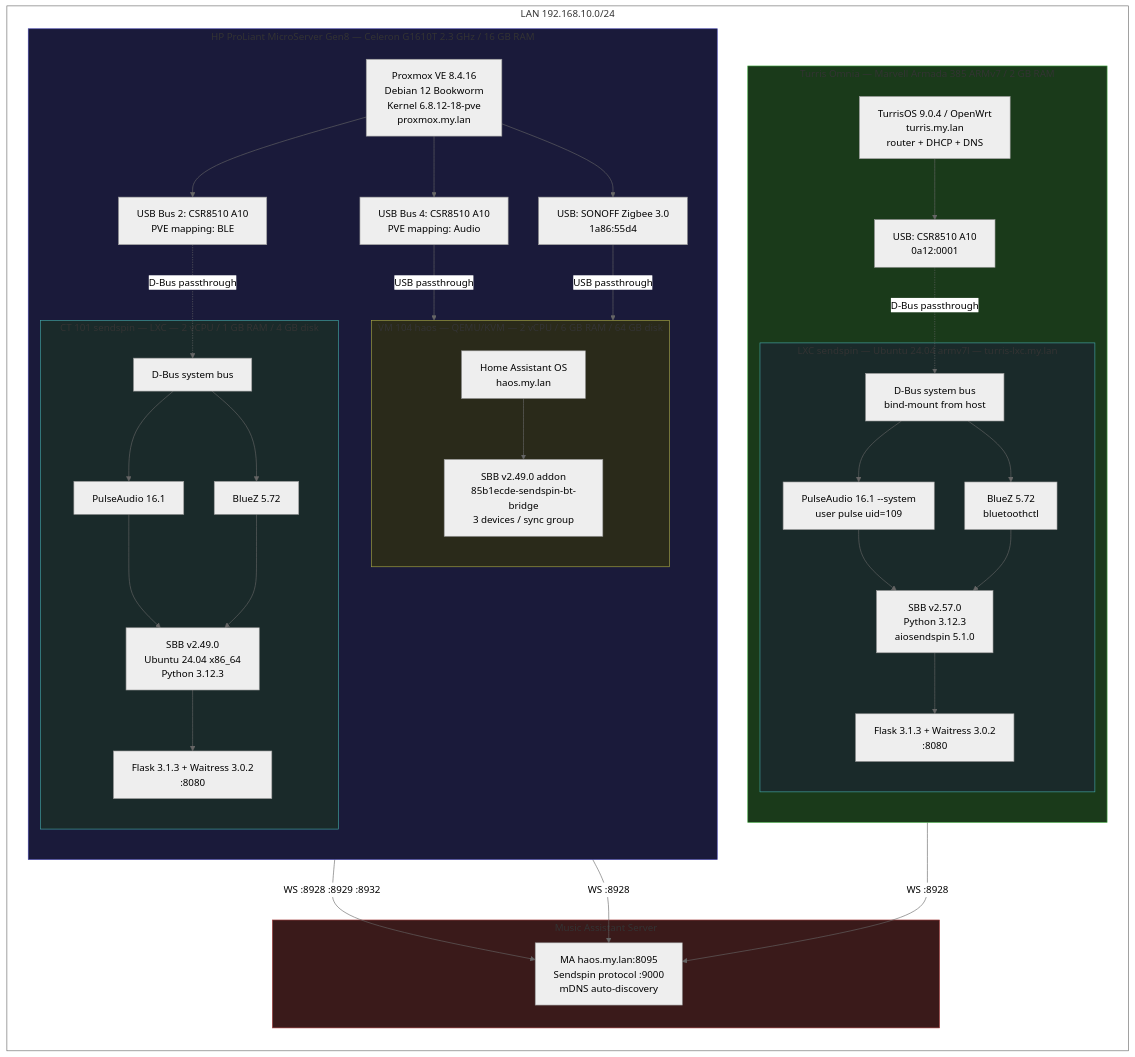
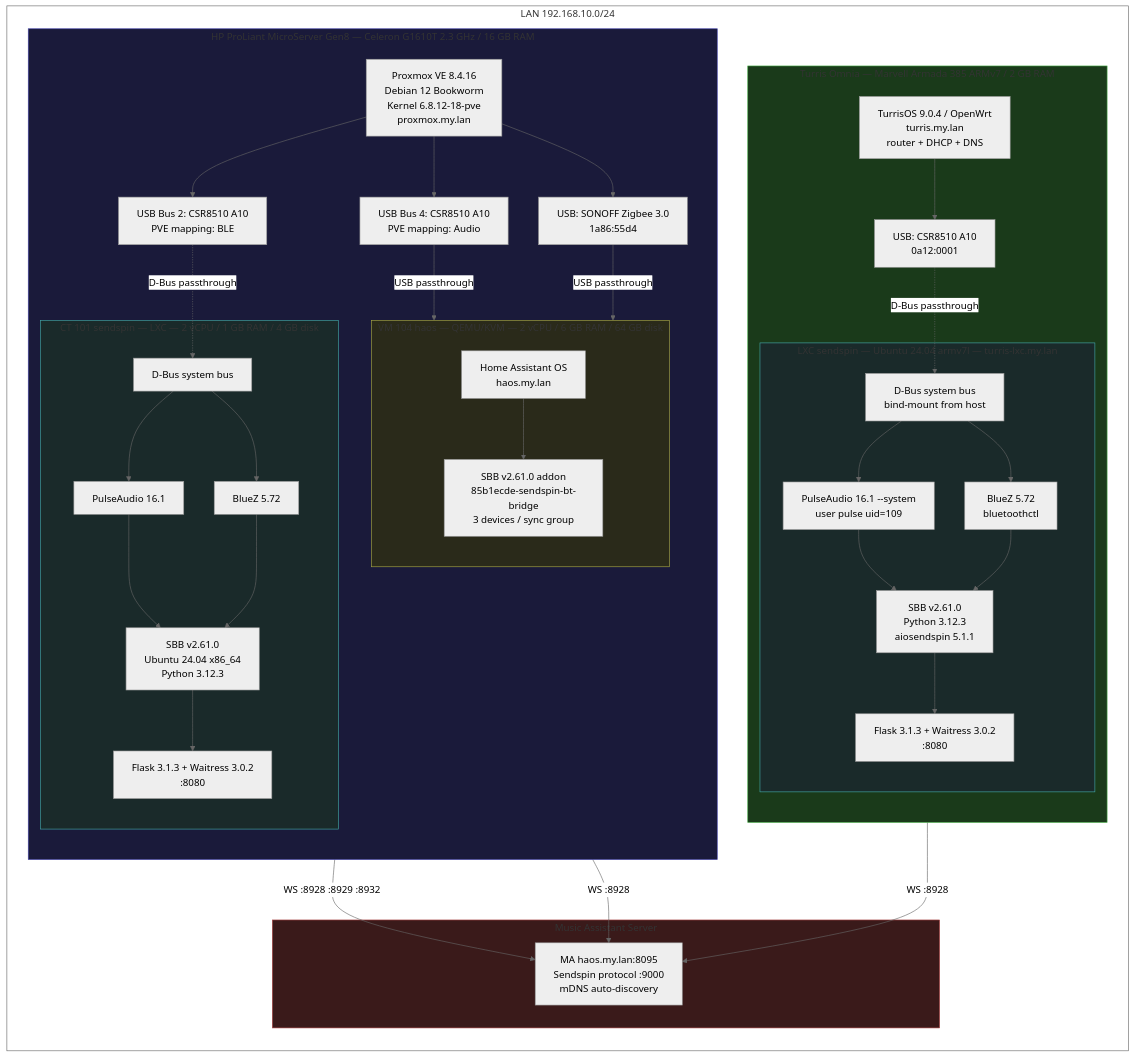
Before and after one commit to trudenboy/sendspin-bt-bridge: the first of 3 diagrams in docs-site/src/content/docs/test-stand.md, drawn with Mermaid (neutral theme). The commit also changed other lines of this file and 8 other files, not shown here.

````diff
--- a/docs-site/src/content/docs/test-stand.md
+++ b/docs-site/src/content/docs/test-stand.md
@@ -20,76 +20,76 @@
 ```mermaid
 graph TB
     subgraph net["LAN 192.168.10.0/24"]
         direction TB
 
         subgraph turris["Turris Omnia — Marvell Armada 385 ARMv7 / 2 GB RAM"]
             direction TB
             T_HOST["TurrisOS 9.0.4 / OpenWrt<br/>turris.my.lan<br/>router + DHCP + DNS"]
             T_USB["USB: CSR8510 A10<br/>0a12:0001"]
             subgraph T_LXC["LXC sendspin — Ubuntu 24.04 armv7l — turris-lxc.my.lan"]
                 T_DBUS["D-Bus system bus<br/>bind-mount from host"]
                 T_PA["PulseAudio 16.1 --system<br/>user pulse uid=109"]
                 T_BLUEZ["BlueZ 5.72<br/>bluetoothctl"]
-                T_SBB["SBB v2.57.0<br/>Python 3.12.3<br/>aiosendspin 5.1.0"]
+                T_SBB["SBB v2.61.0<br/>Python 3.12.3<br/>aiosendspin 5.1.1"]
                 T_WEB["Flask 3.1.3 + Waitress 3.0.2<br/>:8080"]
                 T_DBUS --> T_BLUEZ
                 T_DBUS --> T_PA
                 T_PA --> T_SBB
                 T_BLUEZ --> T_SBB
                 T_SBB --> T_WEB
             end
             T_HOST --> T_USB
             T_USB -.->|D-Bus passthrough| T_DBUS
         end
 
         subgraph proxmox["HP ProLiant MicroServer Gen8 — Celeron G1610T 2.3 GHz / 16 GB RAM"]
             direction TB
             P_HOST["Proxmox VE 8.4.16<br/>Debian 12 Bookworm<br/>Kernel 6.8.12-18-pve<br/>proxmox.my.lan"]
             P_USB1["USB Bus 4: CSR8510 A10<br/>PVE mapping: Audio"]
             P_USB2["USB Bus 2: CSR8510 A10<br/>PVE mapping: BLE"]
             P_ZIG["USB: SONOFF Zigbee 3.0<br/>1a86:55d4"]
 
             subgraph P_VM["VM 104 haos — QEMU/KVM — 2 vCPU / 6 GB RAM / 64 GB disk"]
                 P_HAOS["Home Assistant OS<br/>haos.my.lan"]
-                P_ADDON["SBB v2.49.0 addon<br/>85b1ecde-sendspin-bt-bridge<br/>3 devices / sync group"]
+                P_ADDON["SBB v2.61.0 addon<br/>85b1ecde-sendspin-bt-bridge<br/>3 devices / sync group"]
                 P_HAOS --> P_ADDON
             end
 
             subgraph P_CT["CT 101 sendspin — LXC — 2 vCPU / 1 GB RAM / 4 GB disk"]
                 P_DBUS["D-Bus system bus"]
                 P_PA["PulseAudio 16.1"]
                 P_BLUEZ2["BlueZ 5.72"]
-                P_SBB["SBB v2.49.0<br/>Ubuntu 24.04 x86_64<br/>Python 3.12.3"]
+                P_SBB["SBB v2.61.0<br/>Ubuntu 24.04 x86_64<br/>Python 3.12.3"]
                 P_WEB2["Flask 3.1.3 + Waitress 3.0.2<br/>:8080"]
                 P_DBUS --> P_BLUEZ2
                 P_DBUS --> P_PA
                 P_PA --> P_SBB
                 P_BLUEZ2 --> P_SBB
                 P_SBB --> P_WEB2
             end
 
             P_HOST --> P_USB1
             P_HOST --> P_USB2
             P_HOST --> P_ZIG
             P_USB1 -->|USB passthrough| P_VM
             P_USB2 -.->|D-Bus passthrough| P_DBUS
             P_ZIG -->|USB passthrough| P_VM
         end
 
         subgraph ma_box["Music Assistant Server"]
             MA["MA haos.my.lan:8095<br/>Sendspin protocol :9000<br/>mDNS auto-discovery"]
         end
     end
 
     P_ADDON -->|"WS :8928 :8929 :8932"| MA
     P_SBB -->|"WS :8928"| MA
     T_SBB -->|"WS :8928"| MA
 
     style net fill:none,stroke:#666
     style turris fill:#1a3a1a,stroke:#4a4
     style proxmox fill:#1a1a3a,stroke:#44a
     style ma_box fill:#3a1a1a,stroke:#a44
     style P_VM fill:#2a2a1a,stroke:#aa4
     style P_CT fill:#1a2a2a,stroke:#4aa
     style T_LXC fill:#1a2a2a,stroke:#4aa
 ```
````
